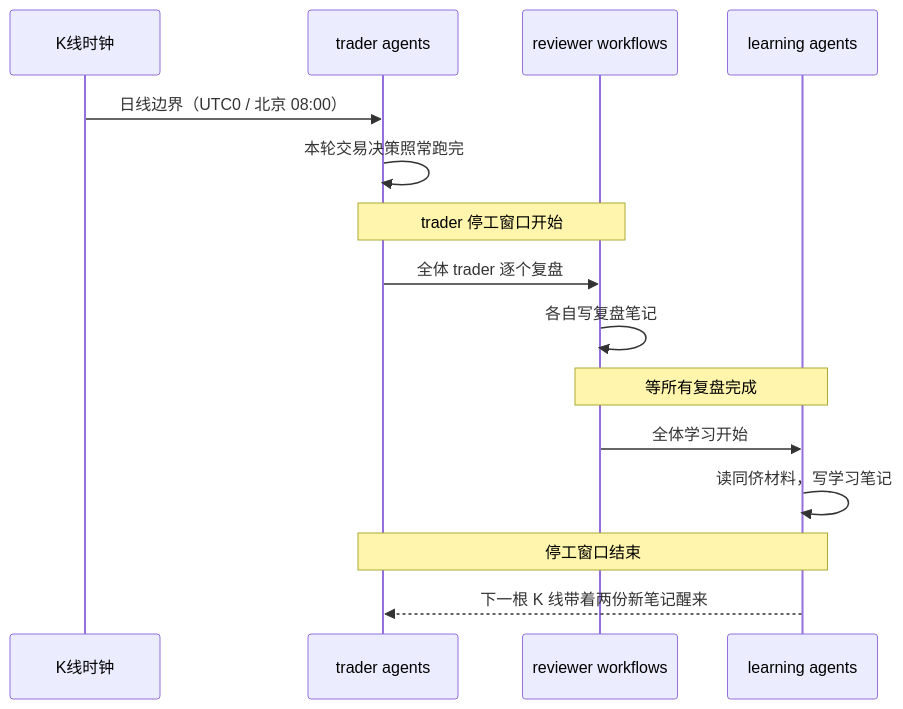
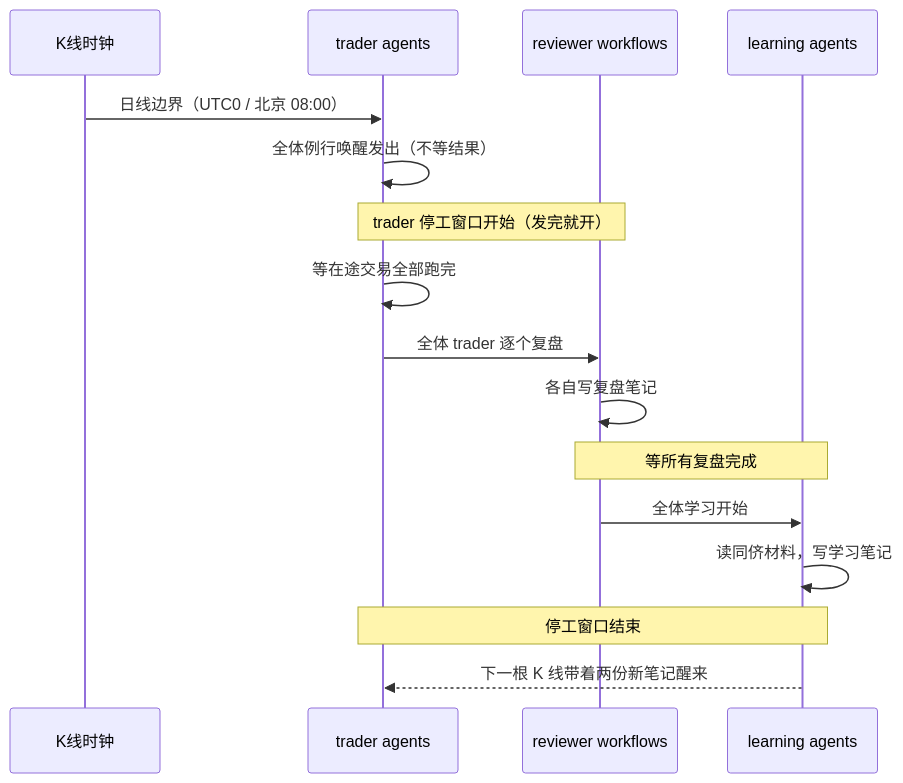
The sixth of 6 diagrams in docs/agent-harness/architecture.md (mamawai/wiib), drawn with Mermaid before and after one commit. The commit also changed other lines of this file and 11 other files, not shown here.

````diff
--- a/docs/agent-harness/architecture.md
+++ b/docs/agent-harness/architecture.md
@@ -176,17 +191,18 @@
 ```mermaid
 sequenceDiagram
     participant K as K线时钟
     participant T as trader agents
     participant R as reviewer workflows
     participant L as learning agents
     K->>T: 日线边界（UTC0 / 北京 08:00）
-    T->>T: 本轮交易决策照常跑完
-    Note over T,R: trader 停工窗口开始
+    T->>T: 全体例行唤醒发出（不等结果）
+    Note over T,R: trader 停工窗口开始（发完就开）
+    T->>T: 等在途交易全部跑完
     T->>R: 全体 trader 逐个复盘
     R->>R: 各自写复盘笔记
     Note over R,L: 等所有复盘完成
     R->>L: 全体学习开始
     L->>L: 读同侪材料，写学习笔记
     Note over T,L: 停工窗口结束
     L-->>T: 下一根 K 线带着两份新笔记醒来
 ```
````
